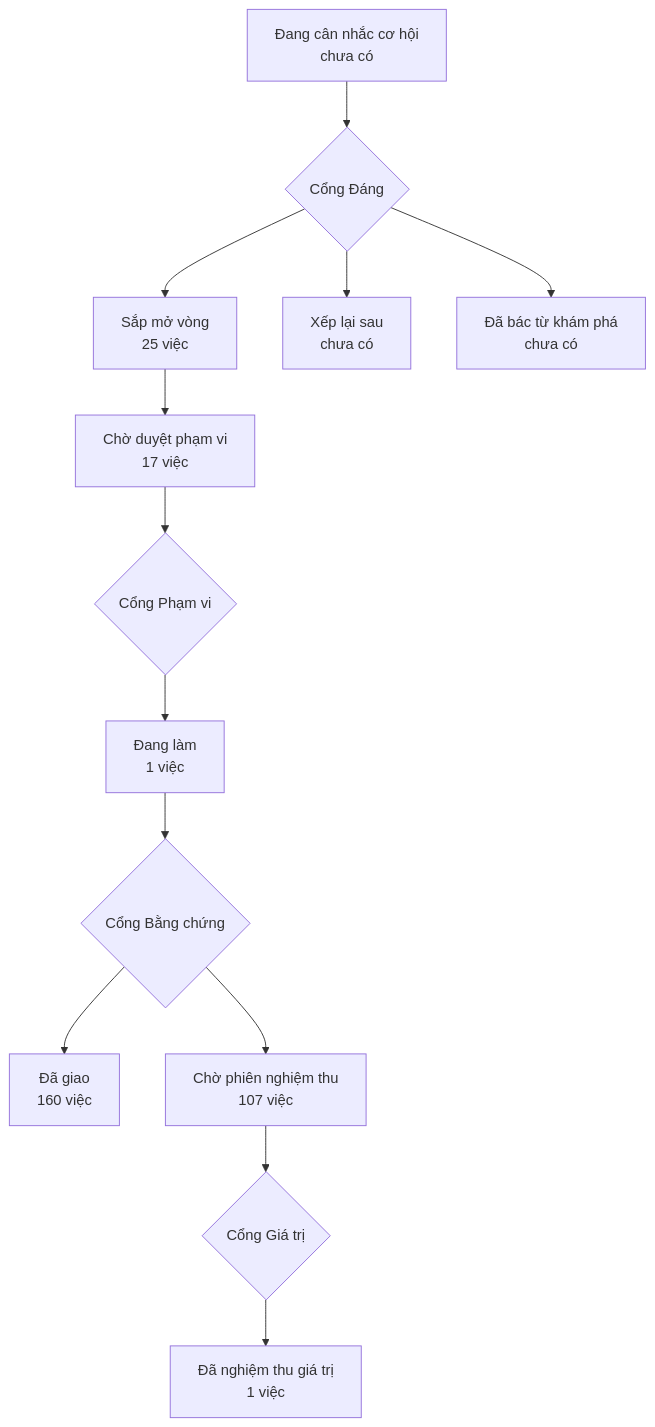
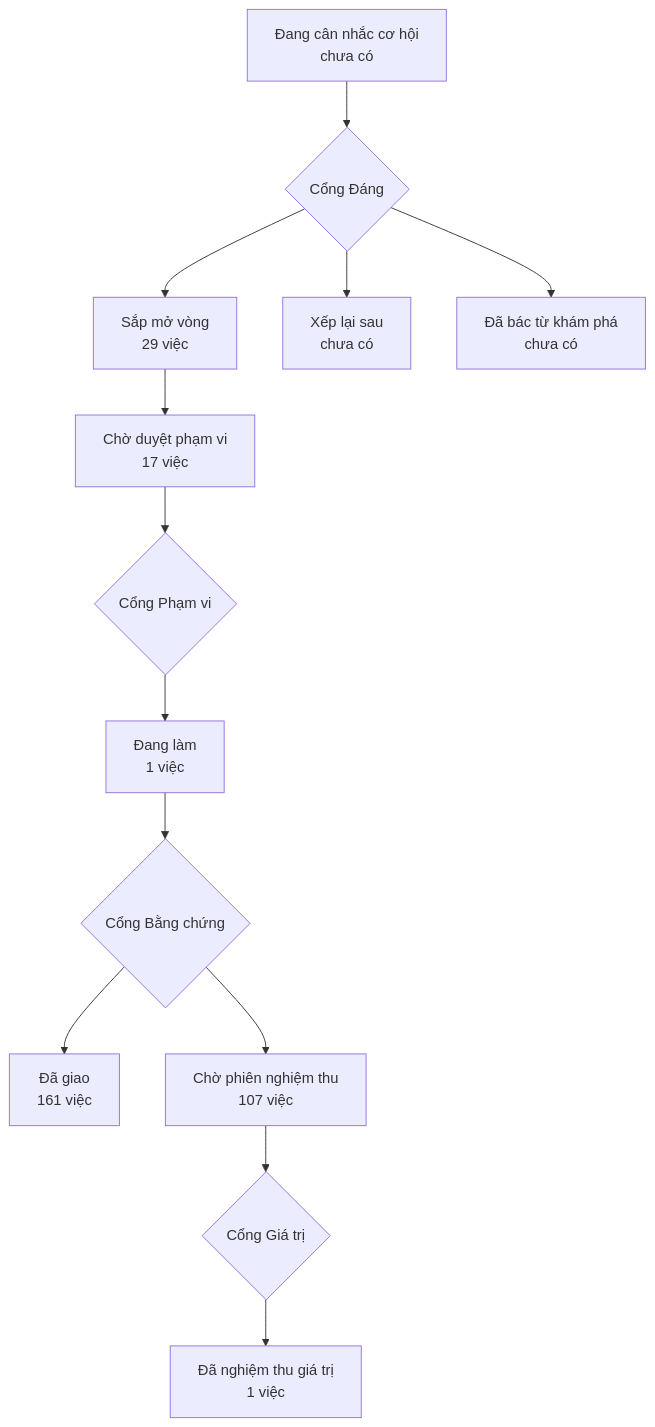
The diagram in PRODUCT-MAP.md (phanlemanh/onehub-invest), drawn with Mermaid before and after one commit. The commit also changed other lines of this file and 1 other file, not shown here.

````diff
--- a/PRODUCT-MAP.md
+++ b/PRODUCT-MAP.md
@@ -7,12 +7,12 @@
 ```mermaid
 flowchart TD
   A["Đang cân nhắc cơ hội<br/>chưa có"] --> GD{"Cổng Đáng"}
-  GD --> B["Sắp mở vòng<br/>25 việc"]
+  GD --> B["Sắp mở vòng<br/>29 việc"]
   GD --> XL["Xếp lại sau<br/>chưa có"]
   GD --> DB["Đã bác từ khám phá<br/>chưa có"]
   B --> CD["Chờ duyệt phạm vi<br/>17 việc"] --> GP{"Cổng Phạm vi"}
   GP --> DL["Đang làm<br/>1 việc"] --> GB{"Cổng Bằng chứng"}
-  GB --> DG["Đã giao<br/>160 việc"]
+  GB --> DG["Đã giao<br/>161 việc"]
   GB --> CN["Chờ phiên nghiệm thu<br/>107 việc"] --> GG{"Cổng Giá trị"}
   GG --> NT["Đã nghiệm thu giá trị<br/>1 việc"]
 ```
````
